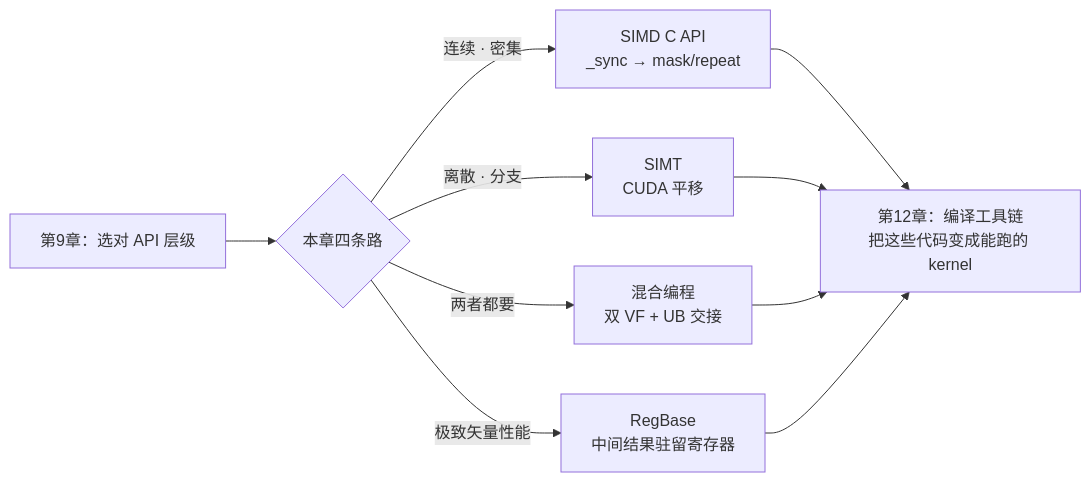
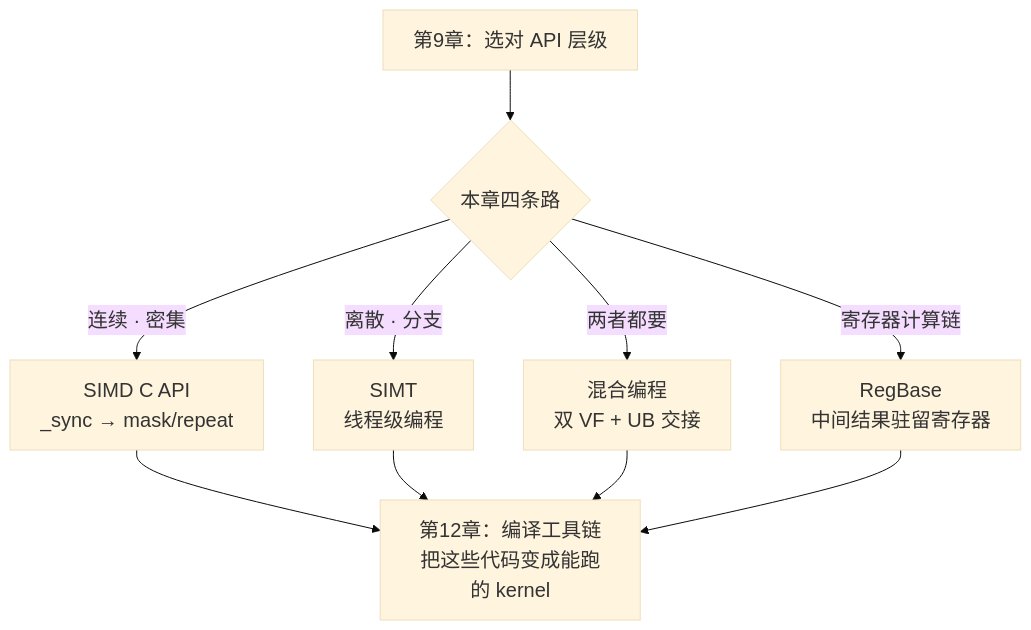
Before and after one commit to hb4ch/ascend-book: the third of 3 diagrams in docs/03-ascendc/ch11-simd-simt.md, drawn with Mermaid. The commit also changed other lines of this file and 4 other files, not shown here.

Commit message:
docs(ch11): clarify SIMD SIMT architecture and synchronization

````diff
--- a/docs/03-ascendc/ch11-simd-simt.md
+++ b/docs/03-ascendc/ch11-simd-simt.md
@@ -237,9 +230,10 @@
 ```mermaid
-flowchart LR
+%%{init: {"theme":"base","themeVariables":{"fontSize":"20px"}}}%%
+flowchart TB
     A["第9章：选对 API 层级"] --> B{"本章四条路"}
     B -->|"连续 · 密集"| C["SIMD C API<br/>_sync → mask/repeat"]
-    B -->|"离散 · 分支"| D["SIMT<br/>CUDA 平移"]
+    B -->|"离散 · 分支"| D["SIMT<br/>线程级编程"]
     B -->|"两者都要"| E["混合编程<br/>双 VF + UB 交接"]
-    B -->|"极致矢量性能"| F["RegBase<br/>中间结果驻留寄存器"]
+    B -->|"寄存器计算链"| F["RegBase<br/>中间结果驻留寄存器"]
     C & D & E & F --> G["第12章：编译工具链<br/>把这些代码变成能跑的 kernel"]
 ```
````
